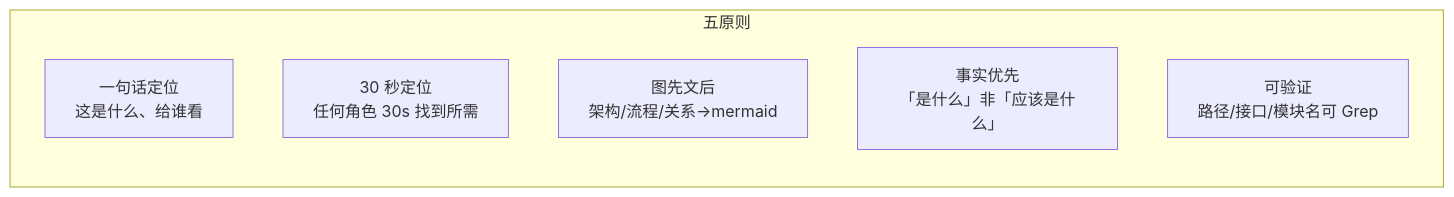
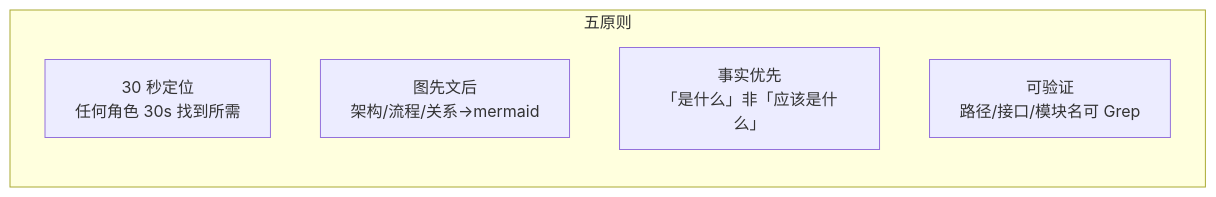
The sixth of 8 diagrams in agents/AGENT.md (effiy/YrY), drawn with Mermaid before and after one commit. The commit also changed other lines of this file and 42 other files, not shown here.

First line of the commit message:
feat: apply Mermaid authoring rules (M1-M12) across entire codebase

````diff
--- a/agents/AGENT.md
+++ b/agents/AGENT.md
@@ -176,11 +194,12 @@
 ```mermaid
 flowchart LR
     subgraph 原则["五原则"]
-        P1["一句话定位<br/>这是什么、给谁看"]:::p
+        direction TB
         P2["30 秒定位<br/>任何角色 30s 找到所需"]:::p
         P3["图先文后<br/>架构/流程/关系→mermaid"]:::p
         P4["事实优先<br/>「是什么」非「应该是什么」"]:::p
         P5["可验证<br/>路径/接口/模块名可 Grep"]:::p
     end
 
+
 ```
````
